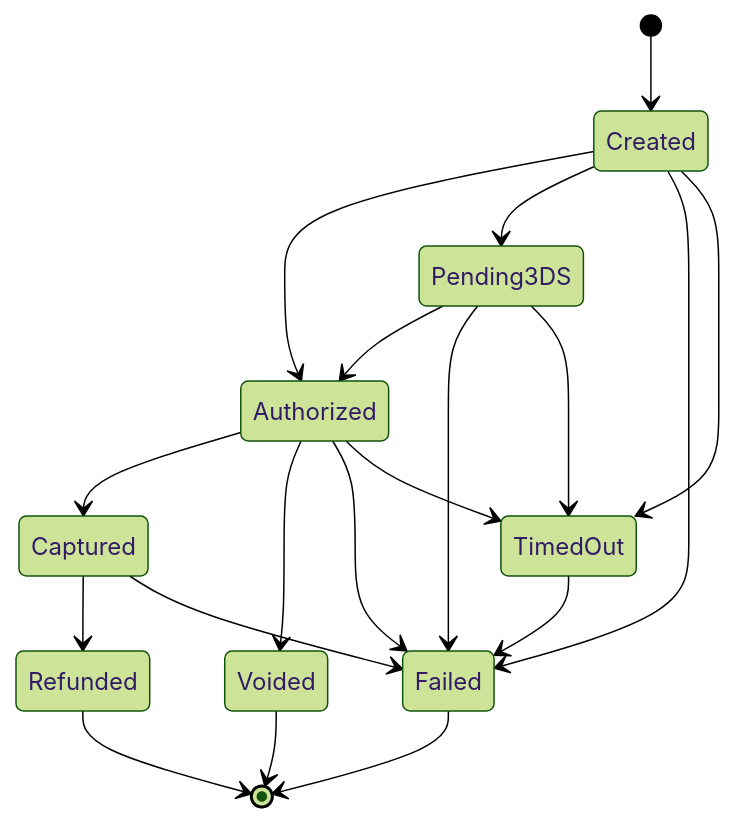
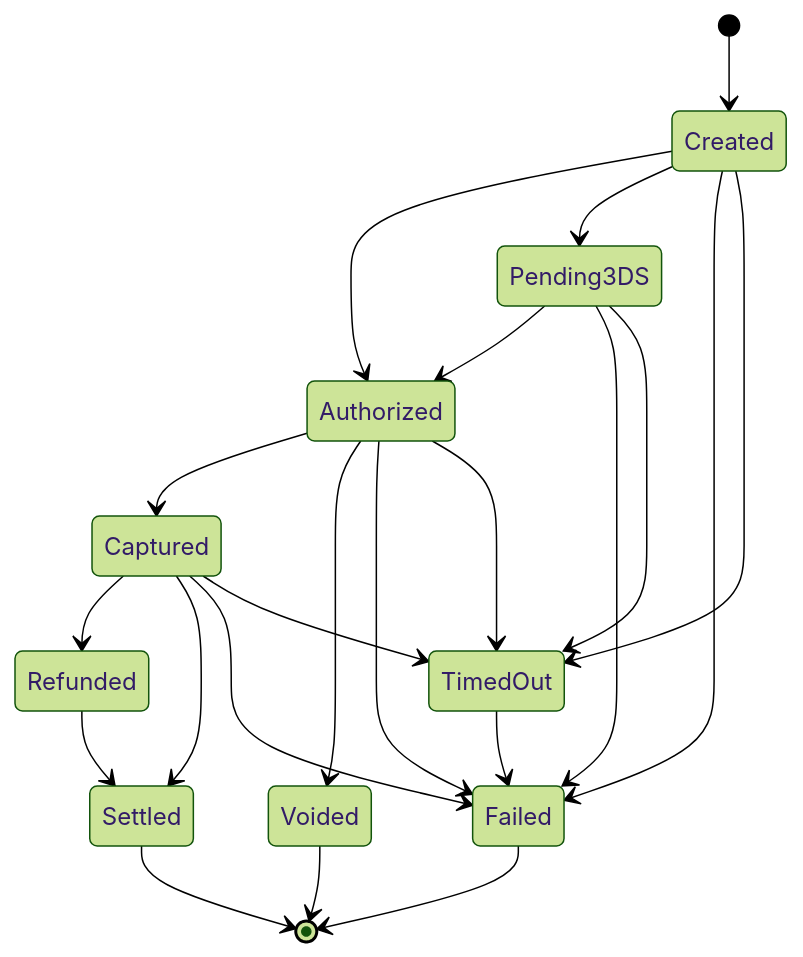
The first of 2 diagrams in README.md (Nyadzayo/pay-rail), drawn with Mermaid (forest theme) before and after one commit. The commit also changed other lines of this file and 6 other files, not shown here.

````diff
--- a/README.md
+++ b/README.md
@@ -104,21 +104,24 @@
 ```mermaid
 stateDiagram-v2
     [*] --> Created
     Created --> Authorized
     Created --> Pending3DS
     Created --> Failed
     Created --> TimedOut
     Pending3DS --> Authorized
     Pending3DS --> Failed
     Pending3DS --> TimedOut
     Authorized --> Captured
     Authorized --> Voided
     Authorized --> Failed
     Authorized --> TimedOut
     Captured --> Refunded
+    Captured --> Settled
     Captured --> Failed
+    Captured --> TimedOut
+    Refunded --> Settled
     TimedOut --> Failed
-    Refunded --> [*]
+    Settled --> [*]
     Voided --> [*]
     Failed --> [*]
 ```
````
